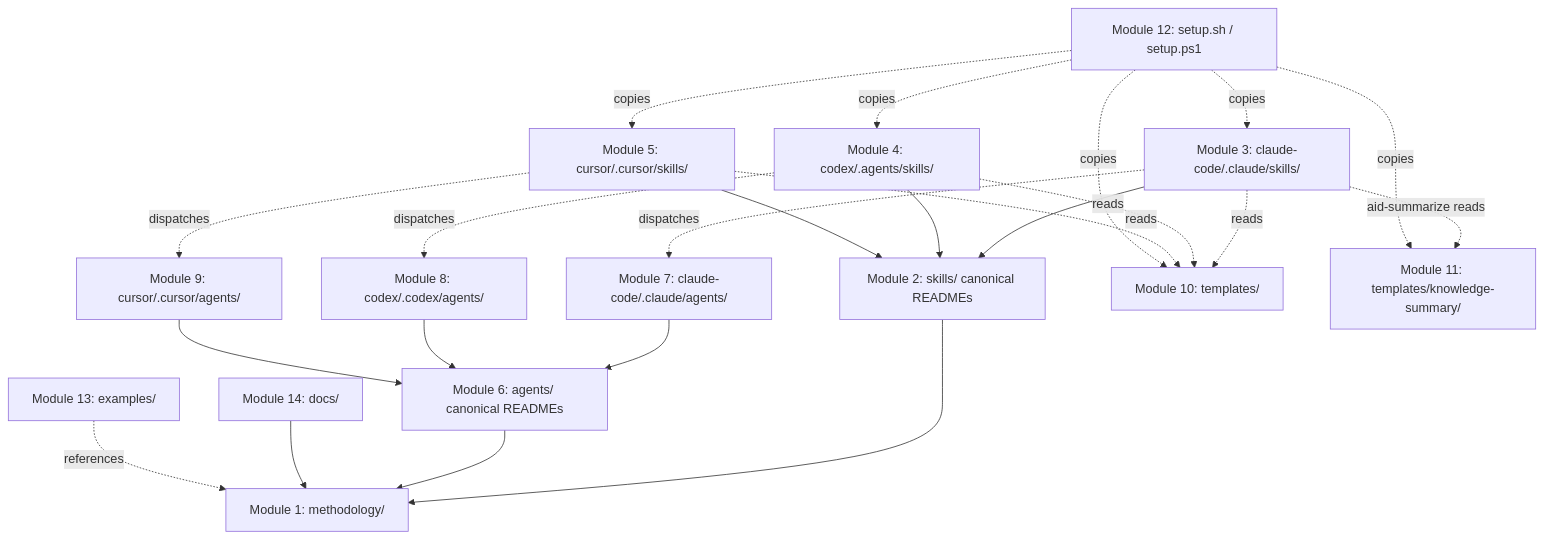
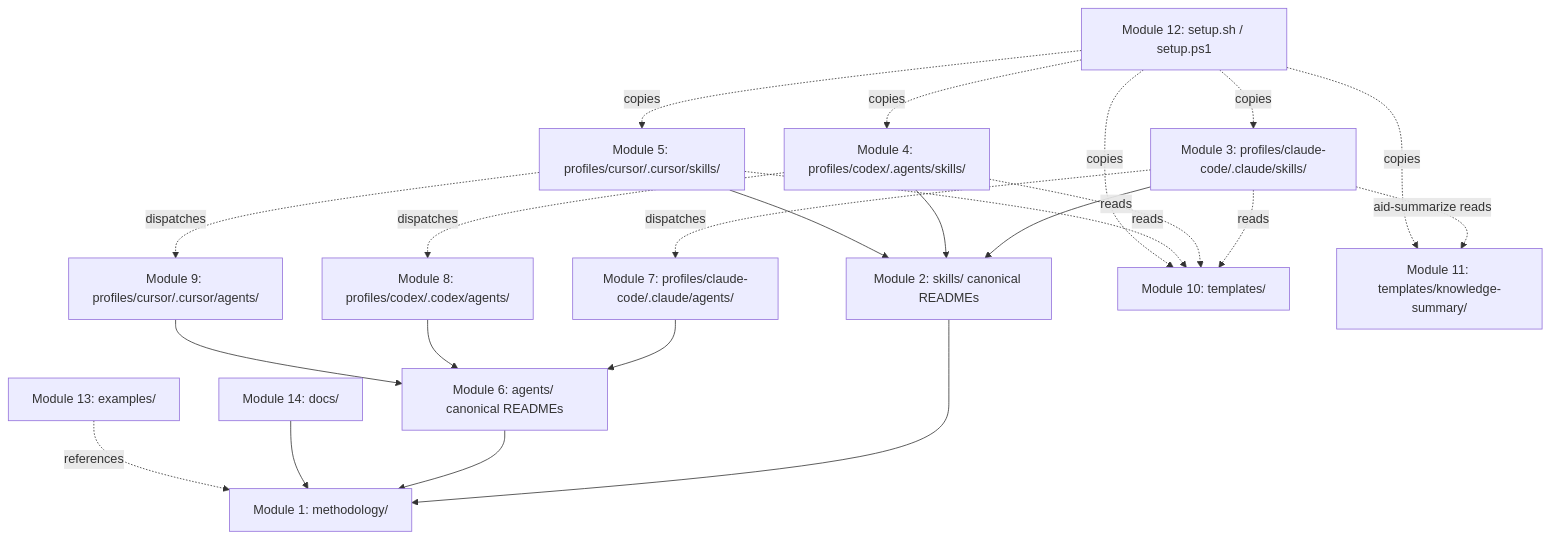
One commit to AndreVianna/aid-methodology changed the diagram in .aid/knowledge/module-map.md. Above: the diagram before and after it, drawn with Mermaid. The commit also changed other lines of this file and 383 other files, not shown here.

````diff
--- a/.aid/knowledge/module-map.md
+++ b/.aid/knowledge/module-map.md
@@ -341,49 +341,49 @@
 ```mermaid
 graph TD
     METH[Module 1: methodology/]
 
     SKILLS_C[Module 2: skills/ canonical READMEs]
-    SKILLS_CC[Module 3: claude-code/.claude/skills/]
-    SKILLS_CX[Module 4: codex/.agents/skills/]
-    SKILLS_CR[Module 5: cursor/.cursor/skills/]
+    SKILLS_CC[Module 3: profiles/claude-code/.claude/skills/]
+    SKILLS_CX[Module 4: profiles/codex/.agents/skills/]
+    SKILLS_CR[Module 5: profiles/cursor/.cursor/skills/]
 
     AGENTS_C[Module 6: agents/ canonical READMEs]
-    AGENTS_CC[Module 7: claude-code/.claude/agents/]
-    AGENTS_CX[Module 8: codex/.codex/agents/]
-    AGENTS_CR[Module 9: cursor/.cursor/agents/]
+    AGENTS_CC[Module 7: profiles/claude-code/.claude/agents/]
+    AGENTS_CX[Module 8: profiles/codex/.codex/agents/]
+    AGENTS_CR[Module 9: profiles/cursor/.cursor/agents/]
 
     TEMPL[Module 10: templates/]
     KS[Module 11: templates/knowledge-summary/]
     INST[Module 12: setup.sh / setup.ps1]
     EX[Module 13: examples/]
     DOCS[Module 14: docs/]
 
     SKILLS_C --> METH
     AGENTS_C --> METH
     DOCS --> METH
 
     SKILLS_CC --> SKILLS_C
     SKILLS_CX --> SKILLS_C
     SKILLS_CR --> SKILLS_C
 
     AGENTS_CC --> AGENTS_C
     AGENTS_CX --> AGENTS_C
     AGENTS_CR --> AGENTS_C
 
     SKILLS_CC -.dispatches.-> AGENTS_CC
     SKILLS_CX -.dispatches.-> AGENTS_CX
     SKILLS_CR -.dispatches.-> AGENTS_CR
 
     SKILLS_CC -.reads.-> TEMPL
     SKILLS_CX -.reads.-> TEMPL
     SKILLS_CR -.reads.-> TEMPL
 
     SKILLS_CC -.aid-summarize reads.-> KS
     INST -.copies.-> SKILLS_CC
     INST -.copies.-> SKILLS_CX
     INST -.copies.-> SKILLS_CR
     INST -.copies.-> TEMPL
     INST -.copies.-> KS
 
     EX -.references.-> METH
 ```
````
